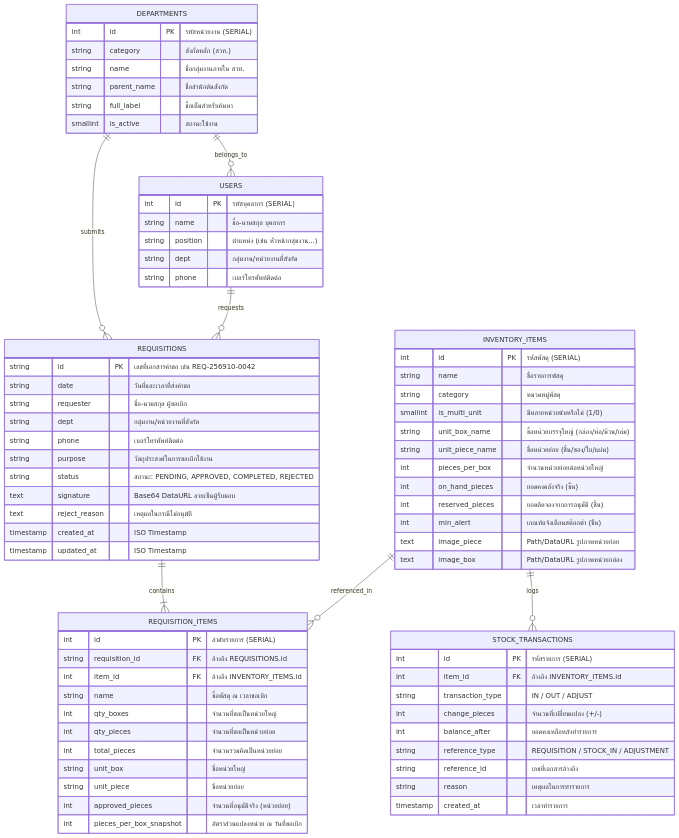
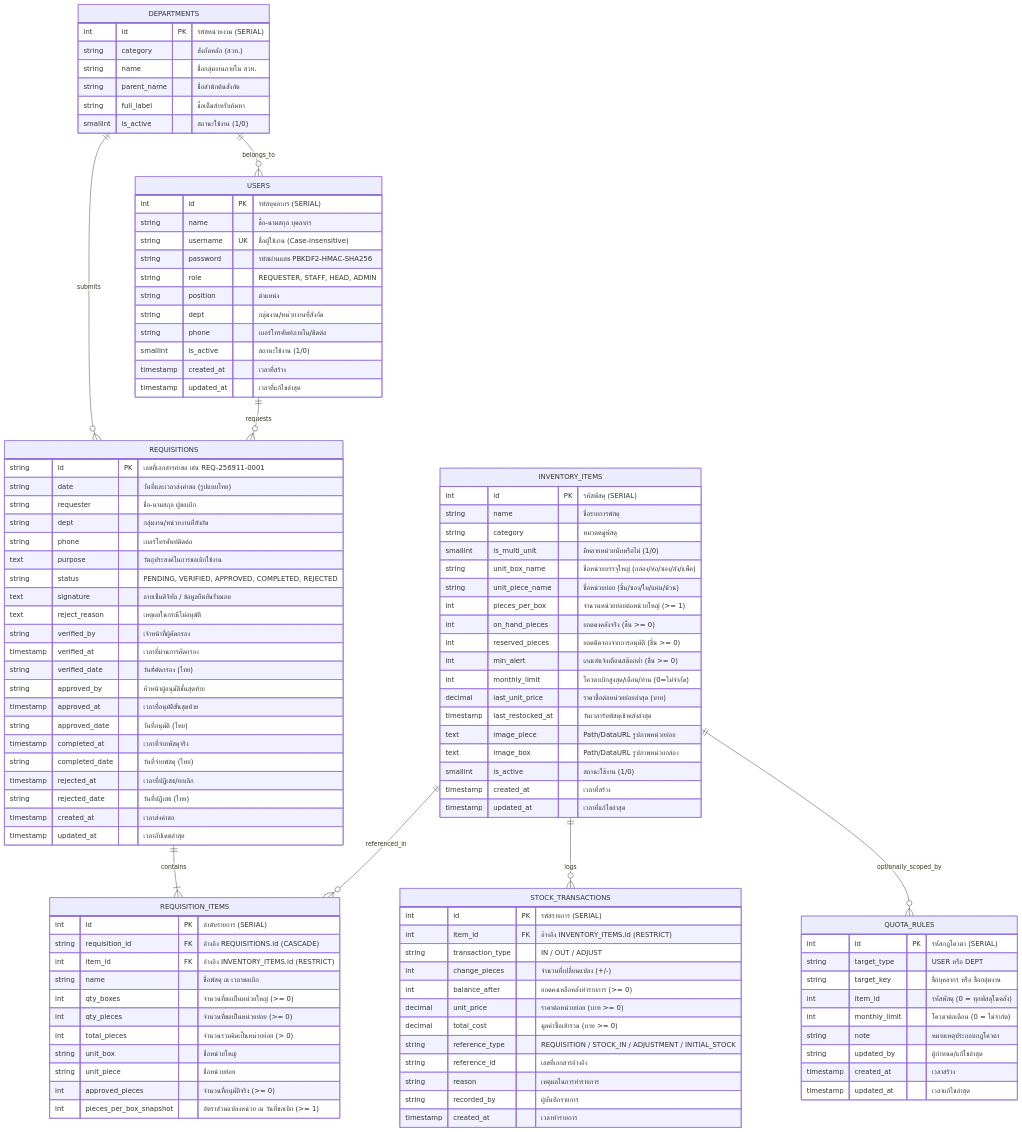
Before and after one commit to itsmekritsanai/stock-order-sdu: the diagram in docs/SCHEMA.md, drawn with Mermaid. The commit also changed other lines of this file and 20 other files, not shown here.

Commit message:
docs(project): update docs to current architecture and remove remaining pgAdmin references (v3.8.3)

````diff
--- a/docs/SCHEMA.md
+++ b/docs/SCHEMA.md
@@ -15,13 +17,29 @@
     REQUISITIONS ||--|{ REQUISITION_ITEMS : contains
     INVENTORY_ITEMS ||--o{ REQUISITION_ITEMS : referenced_in
     INVENTORY_ITEMS ||--o{ STOCK_TRANSACTIONS : logs
+    INVENTORY_ITEMS ||--o{ QUOTA_RULES : optionally_scoped_by
+
+    DEPARTMENTS {
+        int id PK "รหัสหน่วยงาน (SERIAL)"
+        string category "สังกัดหลัก (สวท.)"
+        string name "ชื่อกลุ่มงานภายใน สวท."
+        string parent_name "ชื่อสำนักต้นสังกัด"
+        string full_label "ชื่อเต็มสำหรับค้นหา"
+        smallint is_active "สถานะใช้งาน (1/0)"
+    }
 
     USERS {
         int id PK "รหัสบุคลากร (SERIAL)"
         string name "ชื่อ-นามสกุล บุคลากร"
-        string position "ตำแหน่ง (เช่น หัวหน้ากลุ่มงาน...)"
+        string username UK "ชื่อผู้ใช้งาน (Case-insensitive)"
+        string password "รหัสผ่านแฮช PBKDF2-HMAC-SHA256"
+        string role "REQUESTER, STAFF, HEAD, ADMIN"
+        string position "ตำแหน่ง"
         string dept "กลุ่มงาน/หน่วยงานที่สังกัด"
-        string phone "เบอร์โทรศัพท์ติดต่อ"
+        string phone "เบอร์โทรศัพท์ภายใน/ติดต่อ"
+        smallint is_active "สถานะใช้งาน (1/0)"
+        timestamp created_at "เวลาที่สร้าง"
+        timestamp updated_at "เวลาที่แก้ไขล่าสุด"
     }
 
     INVENTORY_ITEMS {
@@ -29,62 +47,84 @@
         string name "ชื่อรายการพัสดุ"
         string category "หมวดหมู่พัสดุ"
         smallint is_multi_unit "มีหลายหน่วยนับหรือไม่ (1/0)"
-        string unit_box_name "ชื่อหน่วยบรรจุใหญ่ (กล่อง/ห่อ/ม้วน/เล่ม)"
-        string unit_piece_name "ชื่อหน่วยย่อย (ชิ้น/ซอง/ใบ/แผ่น)"
-        int pieces_per_box "จำนวนหน่วยย่อยต่อหน่วยใหญ่"
-        int on_hand_pieces "ยอดคงคลังจริง (ชิ้น)"
-        int reserved_pieces "ยอดติดจองจากการอนุมัติ (ชิ้น)"
-        int min_alert "เกณฑ์แจ้งเตือนสต๊อกต่ำ (ชิ้น)"
+        string unit_box_name "ชื่อหน่วยบรรจุใหญ่ (กล่อง/ห่อ/ซอง/ลัง/แพ็ค)"
+        string unit_piece_name "ชื่อหน่วยย่อย (ชิ้น/ซอง/ใบ/แผ่น/ม้วน)"
+        int pieces_per_box "จำนวนหน่วยย่อยต่อหน่วยใหญ่ (>= 1)"
+        int on_hand_pieces "ยอดคงคลังจริง (ชิ้น >= 0)"
+        int reserved_pieces "ยอดติดจองจากการอนุมัติ (ชิ้น >= 0)"
+        int min_alert "เกณฑ์แจ้งเตือนสต๊อกต่ำ (ชิ้น >= 0)"
+        int monthly_limit "โควตาเบิกสูงสุด/เดือน/ท่าน (0=ไม่จำกัด)"
+        decimal last_unit_price "ราคาซื้อต่อหน่วยย่อยล่าสุด (บาท)"
+        timestamp last_restocked_at "วันเวลารับพัสดุเข้าคลังล่าสุด"
         text image_piece "Path/DataURL รูปภาพหน่วยย่อย"
         text image_box "Path/DataURL รูปภาพหน่วยกล่อง"
+        smallint is_active "สถานะใช้งาน (1/0)"
+        timestamp created_at "เวลาที่สร้าง"
+        timestamp updated_at "เวลาที่แก้ไขล่าสุด"
     }
 
     REQUISITIONS {
-        string id PK "เลขที่เอกสารคำขอ เช่น REQ-256910-0042"
-        string date "วันที่และเวลาที่ส่งคำขอ"
+        string id PK "เลขที่เอกสารคำขอ เช่น REQ-256911-0001"
+        string date "วันที่และเวลาส่งคำขอ (รูปแบบไทย)"
         string requester "ชื่อ-นามสกุล ผู้ขอเบิก"
         string dept "กลุ่มงาน/หน่วยงานที่สังกัด"
         string phone "เบอร์โทรศัพท์ติดต่อ"
-        string purpose "วัตถุประสงค์ในการขอเบิกใช้งาน"
-        string status "สถานะ: PENDING, APPROVED, COMPLETED, REJECTED"
-        text signature "Base64 DataURL ลายเซ็นผู้รับมอบ"
+        text purpose "วัตถุประสงค์ในการขอเบิกใช้งาน"
+        string status "PENDING, VERIFIED, APPROVED, COMPLETED, REJECTED"
+        text signature "ลายเซ็นดิจิทัล / ข้อมูลยืนยันรับมอบ"
         text reject_reason "เหตุผลในกรณีไม่อนุมัติ"
-        timestamp created_at "ISO Timestamp"
-        timestamp updated_at "ISO Timestamp"
+        string verified_by "เจ้าหน้าที่ผู้คัดกรอง"
+        timestamp verified_at "เวลาที่ผ่านการคัดกรอง"
+        string verified_date "วันที่คัดกรอง (ไทย)"
+        string approved_by "หัวหน้าผู้อนุมัติขั้นสุดท้าย"
+        timestamp approved_at "เวลาที่อนุมัติขั้นสุดท้าย"
+        string approved_date "วันที่อนุมัติ (ไทย)"
+        timestamp completed_at "เวลาที่จ่ายพัสดุจริง"
+        string completed_date "วันที่จ่ายพัสดุ (ไทย)"
+        timestamp rejected_at "เวลาที่ปฏิเสธ/ยกเลิก"
+        string rejected_date "วันที่ปฏิเสธ (ไทย)"
+        timestamp created_at "เวลาส่งคำขอ"
+        timestamp updated_at "เวลาอัปเดตล่าสุด"
     }
 
     REQUISITION_ITEMS {
         int id PK "ลำดับรายการ (SERIAL)"
-        string requisition_id FK "อ้างอิง REQUISITIONS.id"
-        int item_id FK "อ้างอิง INVENTORY_ITEMS.id"
+        string requisition_id FK "อ้างอิง REQUISITIONS.id (CASCADE)"
+        int item_id FK "อ้างอิง INVENTORY_ITEMS.id (RESTRICT)"
         string name "ชื่อพัสดุ ณ เวลาขอเบิก"
-        int qty_boxes "จำนวนที่ขอเป็นหน่วยใหญ่"
-        int qty_pieces "จำนวนที่ขอเป็นหน่วยย่อย"
-        int total_pieces "จำนวนรวมคิดเป็นหน่วยย่อย"
+        int qty_boxes "จำนวนที่ขอเป็นหน่วยใหญ่ (>= 0)"
+        int qty_pieces "จำนวนที่ขอเป็นหน่วยย่อย (>= 0)"
+        int total_pieces "จำนวนรวมคิดเป็นหน่วยย่อย (> 0)"
         string unit_box "ชื่อหน่วยใหญ่"
         string unit_piece "ชื่อหน่วยย่อย"
-        int approved_pieces "จำนวนที่อนุมัติจริง (หน่วยย่อย)"
-        int pieces_per_box_snapshot "อัตราส่วนแปลงหน่วย ณ วันที่ขอเบิก"
+        int approved_pieces "จำนวนที่อนุมัติจริง (>= 0)"
+        int pieces_per_box_snapshot "อัตราส่วนแปลงหน่วย ณ วันที่ขอเบิก (>= 1)"
     }
 
     STOCK_TRANSACTIONS {
         int id PK "รหัสรายการ (SERIAL)"
-        int item_id FK "อ้างอิง INVENTORY_ITEMS.id"
+        int item_id FK "อ้างอิง INVENTORY_ITEMS.id (RESTRICT)"
         string transaction_type "IN / OUT / ADJUST"
         int change_pieces "จำนวนที่เปลี่ยนแปลง (+/-)"
-        int balance_after "ยอดคงเหลือหลังทำรายการ"
-        string reference_type "REQUISITION / STOCK_IN / ADJUSTMENT"
+        int balance_after "ยอดคงเหลือหลังทำรายการ (>= 0)"
+        decimal unit_price "ราคาต่อหน่วยย่อย (บาท >= 0)"
+        decimal total_cost "มูลค่าซื้อเข้ารวม (บาท >= 0)"
+        string reference_type "REQUISITION / STOCK_IN / ADJUSTMENT / INITIAL_STOCK"
         string reference_id "เลขที่เอกสารอ้างอิง"
         string reason "เหตุผลในการทำรายการ"
+        string recorded_by "ผู้บันทึกรายการ"
         timestamp created_at "เวลาทำรายการ"
     }
 
-    DEPARTMENTS {
-        int id PK "รหัสหน่วยงาน (SERIAL)"
-        string category "สังกัดหลัก (สวท.)"
-        string name "ชื่อกลุ่มงานภายใน สวท."
-        string parent_name "ชื่อสำนักต้นสังกัด"
-        string full_label "ชื่อเต็มสำหรับค้นหา"
-        smallint is_active "สถานะใช้งาน"
+    QUOTA_RULES {
+        int id PK "รหัสกฎโควตา (SERIAL)"
+        string target_type "USER หรือ DEPT"
+        string target_key "ชื่อบุคลากร หรือ ชื่อกลุ่มงาน"
+        int item_id "รหัสพัสดุ (0 = ทุกพัสดุในคลัง)"
+        int monthly_limit "โควตาต่อเดือน (0 = ไม่จำกัด)"
+        string note "หมายเหตุประกอบกฎโควตา"
+        string updated_by "ผู้กำหนด/แก้ไขล่าสุด"
+        timestamp created_at "เวลาสร้าง"
+        timestamp updated_at "เวลาแก้ไขล่าสุด"
     }
 ```
````
